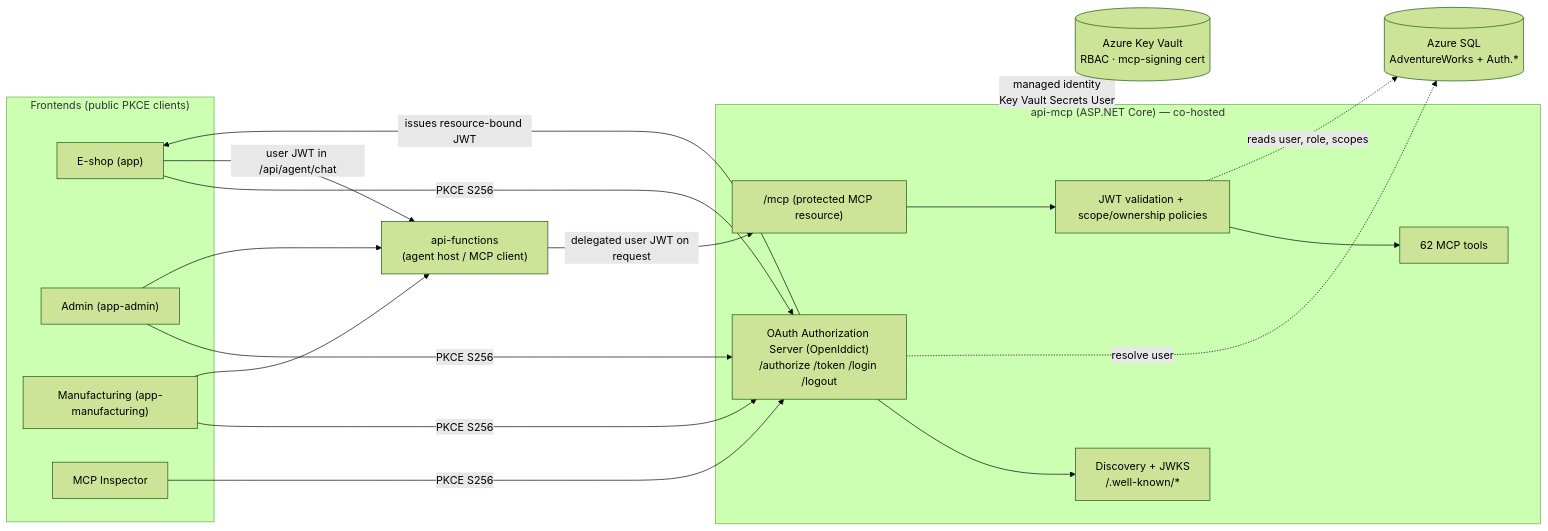
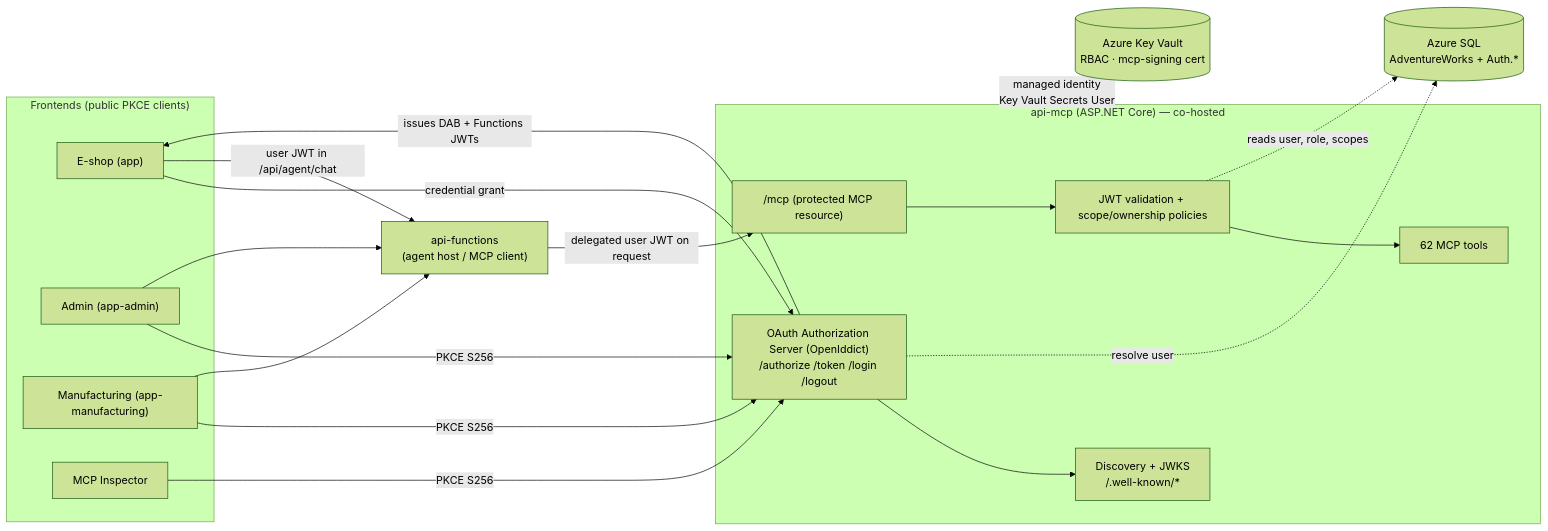
One commit to ahems/AdventureWorks changed the first of 3 diagrams in docs/features/mcp-oauth/README.md. Above: the diagram before and after it, drawn with Mermaid (forest theme). The commit also changed other lines of this file and 134 other files, not shown here.

````diff
--- a/docs/features/mcp-oauth/README.md
+++ b/docs/features/mcp-oauth/README.md
@@ -78,37 +78,37 @@
 ```mermaid
 flowchart LR
   subgraph Browser["Frontends (public PKCE clients)"]
     eshop["E-shop (app)"]
     admin["Admin (app-admin)"]
     mfg["Manufacturing (app-manufacturing)"]
     insp["MCP Inspector"]
   end
 
   subgraph apimcp["api-mcp (ASP.NET Core) — co-hosted"]
     as["OAuth Authorization Server (OpenIddict)\n/authorize /token /login /logout"]
     disc["Discovery + JWKS\n/.well-known/*"]
     val["JWT validation + scope/ownership policies"]
     mcp["/mcp (protected MCP resource)"]
     tools["62 MCP tools"]
   end
 
   func["api-functions\n(agent host / MCP client)"]
   kv[("Azure Key Vault\nRBAC · mcp-signing cert")]
   sql[("Azure SQL\nAdventureWorks + Auth.*")]
 
-  eshop -->|PKCE S256| as
+  eshop -->|credential grant| as
   admin -->|PKCE S256| as
   mfg -->|PKCE S256| as
   insp -->|PKCE S256| as
   as --> disc
-  as -->|issues resource-bound JWT| eshop
+  as -->|issues DAB + Functions JWTs| eshop
 
   eshop -->|user JWT in /api/agent/chat| func
   admin --> func
   mfg --> func
   func -->|delegated user JWT on request| mcp
   mcp --> val --> tools
   val -.reads user, role, scopes.-> sql
   as -.resolve user.-> sql
   apimcp -->|managed identity\nKey Vault Secrets User| kv
 ```
````
